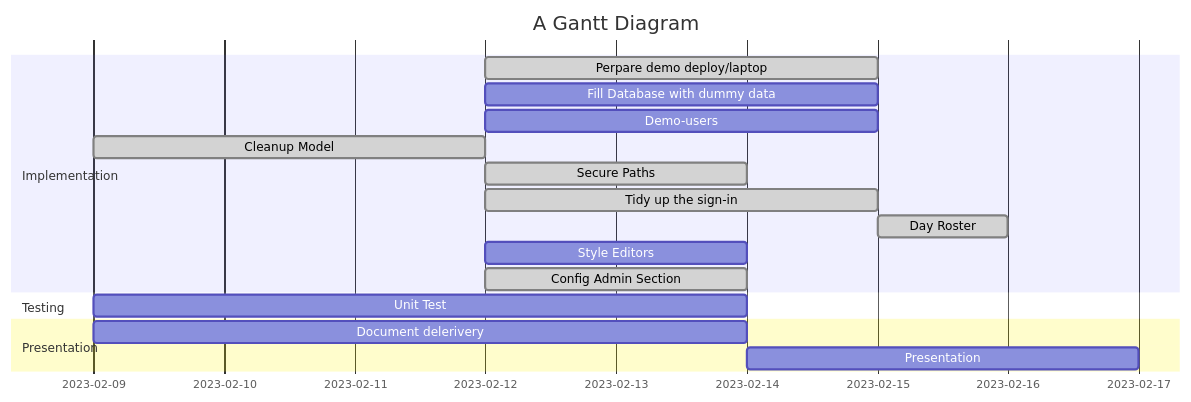
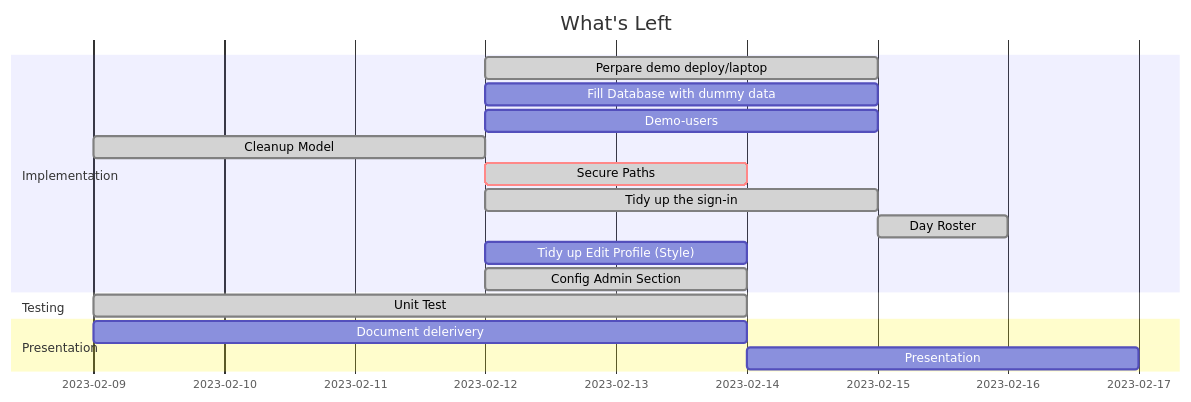
The diagram in docs/diagrams/gantt-diagram.mmd (Zsolt821201/iDentity-ml-fyp-py), drawn with Mermaid before and after one commit. The commit also changed 29 other files, not shown here.

```diff
--- a/docs/diagrams/gantt-diagram.mmd
+++ b/docs/diagrams/gantt-diagram.mmd
@@ -1,18 +1,18 @@
 gantt
-    title A Gantt Diagram
+    title What's Left
     dateFormat  YYYY-MM-DD
     section Implementation
       Perpare demo deploy/laptop :done, a2, after a1  , 3d
       Fill Database with dummy data: after a1  , 3d
       Demo-users :after a1  , 3d
       Cleanup Model    :done, a1, 2023-02-09, 3d
-      Secure Paths    :done,after a1  , 2d
+      Secure Paths    :done,crit,,after a1  , 2d
       Tidy up the sign-in     :done, after a1  , 3d
       Day Roster     :done,a3, after a2  , 1d
-      Style Editors     :after a1  , 2d
+      Tidy up Edit Profile (Style) :after a1  , 2d
       Config Admin Section     :done, after a1  , 2d
     section Testing
-      Unit Test      :2023-02-09  , 5d
+      Unit Test      :done,2023-02-09  , 5d
     section Presentation
       Document delerivery :2023-02-09  , 5d
       Presentation      : 3d
```
